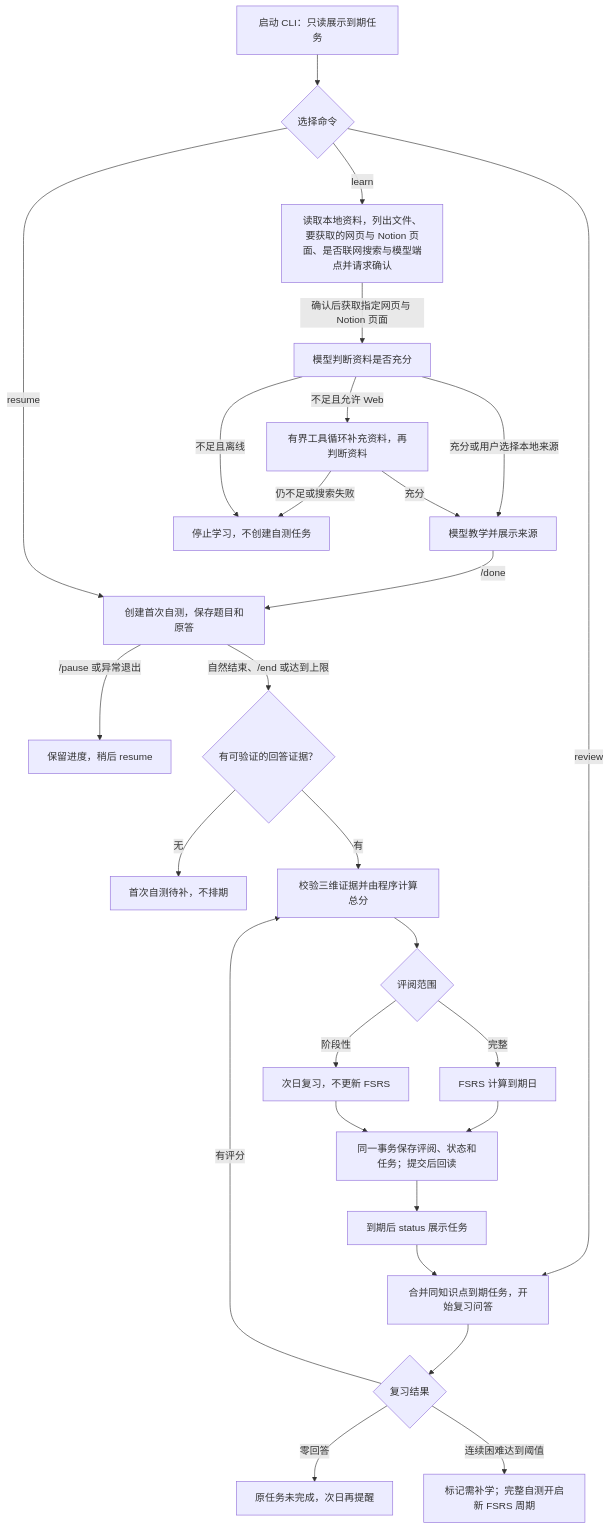
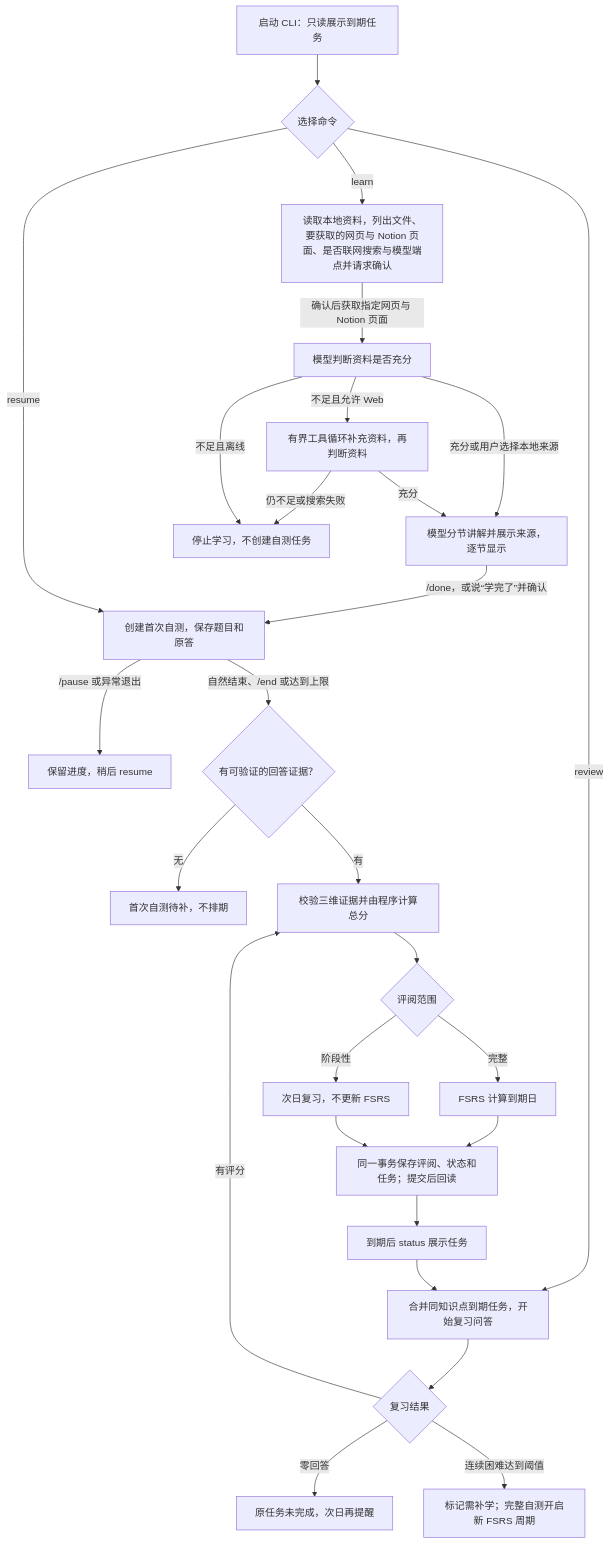
One commit to zjsyxzjsyx/Koyo changed the second of 2 diagrams in README.md. Above: the diagram before and after it, drawn with Mermaid. The commit also changed other lines of this file and 39 other files, not shown here.

````diff
--- a/README.md
+++ b/README.md
@@ -88,29 +94,29 @@
 ```mermaid
 flowchart TD
     A[启动 CLI：只读展示到期任务] --> B{选择命令}
     B -->|learn| C[读取本地资料，列出文件、要获取的网页与 Notion 页面、是否联网搜索与模型端点并请求确认]
     C -->|确认后获取指定网页与 Notion 页面| D[模型判断资料是否充分]
     D -->|不足且允许 Web| E[有界工具循环补充资料，再判断资料]
-    D -->|充分或用户选择本地来源| F[模型教学并展示来源]
+    D -->|充分或用户选择本地来源| F[模型分节讲解并展示来源，逐节显示]
     E -->|充分| F
     E -->|仍不足或搜索失败| X[停止学习，不创建自测任务]
     D -->|不足且离线| X
-    F -->|/done| G[创建首次自测，保存题目和原答]
+    F -->|/done，或说“学完了”并确认| G[创建首次自测，保存题目和原答]
     B -->|resume| G
     G -->|/pause 或异常退出| H[保留进度，稍后 resume]
     G -->|自然结束、/end 或达到上限| I{有可验证的回答证据？}
     I -->|无| J[首次自测待补，不排期]
     I -->|有| K[校验三维证据并由程序计算总分]
     K --> L{评阅范围}
     L -->|完整| M[FSRS 计算到期日]
     L -->|阶段性| N[次日复习，不更新 FSRS]
     M --> O[同一事务保存评阅、状态和任务；提交后回读]
     N --> O
     O --> P[到期后 status 展示任务]
     B -->|review| Q[合并同知识点到期任务，开始复习问答]
     P --> Q
     Q --> R{复习结果}
     R -->|有评分| K
     R -->|零回答| S[原任务未完成，次日再提醒]
     R -->|连续困难达到阈值| T[标记需补学；完整自测开启新 FSRS 周期]
 ```
````
